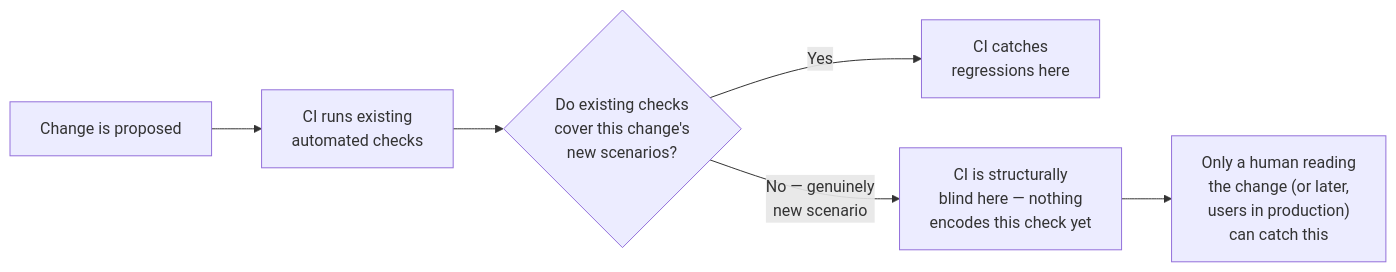
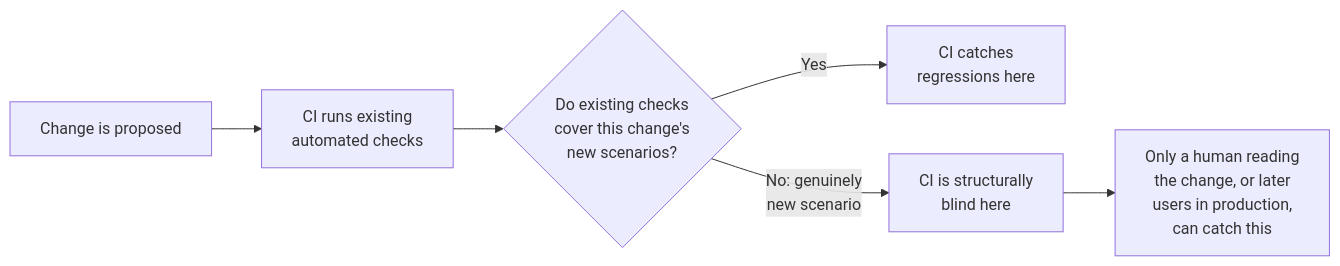
One commit to francoandreDev/knowledge changed the first of 2 diagrams in src/content/git-teamwork/prs/L2-concept.mdx. Above: the diagram before and after it, drawn with Mermaid. The commit also changed other lines of this file and 3 other files, not shown here.

````diff
--- a/src/content/git-teamwork/prs/L2-concept.mdx
+++ b/src/content/git-teamwork/prs/L2-concept.mdx
@@ -29,8 +34,8 @@
 ```mermaid
 flowchart LR
     A["Change is proposed"] --> B["CI runs existing\nautomated checks"]
     B --> C{"Do existing checks\ncover this change's\nnew scenarios?"}
     C -->|"Yes"| D["CI catches\nregressions here"]
-    C -->|"No — genuinely\nnew scenario"| E["CI is structurally\nblind here — nothing\nencodes this check yet"]
-    E --> F["Only a human reading\nthe change (or later,\nusers in production)\ncan catch this"]
+    C -->|"No: genuinely\nnew scenario"| E["CI is structurally\nblind here"]
+    E --> F["Only a human reading\nthe change, or later\nusers in production,\ncan catch this"]
 ```
````
